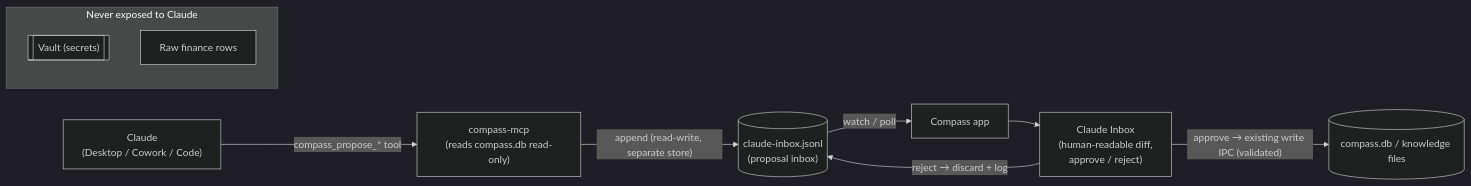
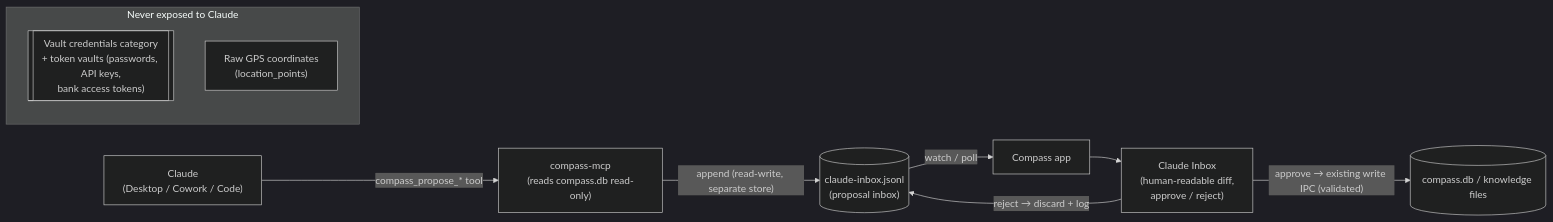
One commit to sandgraal/compass changed the diagram in docs/claude-integration.md. Above: the diagram before and after it, drawn with Mermaid (dark theme). The commit also changed other lines of this file and 9 other files, not shown here.

````diff
--- a/docs/claude-integration.md
+++ b/docs/claude-integration.md
@@ -31,13 +31,13 @@
 ```mermaid
 flowchart LR
   claude["Claude\n(Desktop / Cowork / Code)"] -->|"compass_propose_* tool"| mcp["compass-mcp\n(reads compass.db read-only)"]
   mcp -->|"append (read-write, separate store)"| q[("claude-inbox.jsonl\n(proposal inbox)")]
   q -->|"watch / poll"| app["Compass app"]
   app --> inbox["Claude Inbox\n(human-readable diff,\napprove / reject)"]
   inbox -->|"approve → existing write IPC (validated)"| db[("compass.db / knowledge files")]
   inbox -->|"reject → discard + log"| q
   subgraph excluded["Never exposed to Claude"]
-    vault[["Vault (secrets)"]]
-    raw["Raw finance rows"]
+    creds[["Vault credentials category\n+ token vaults (passwords, API keys,\nbank access tokens)"]]
+    gps["Raw GPS coordinates\n(location_points)"]
   end
 ```
````
